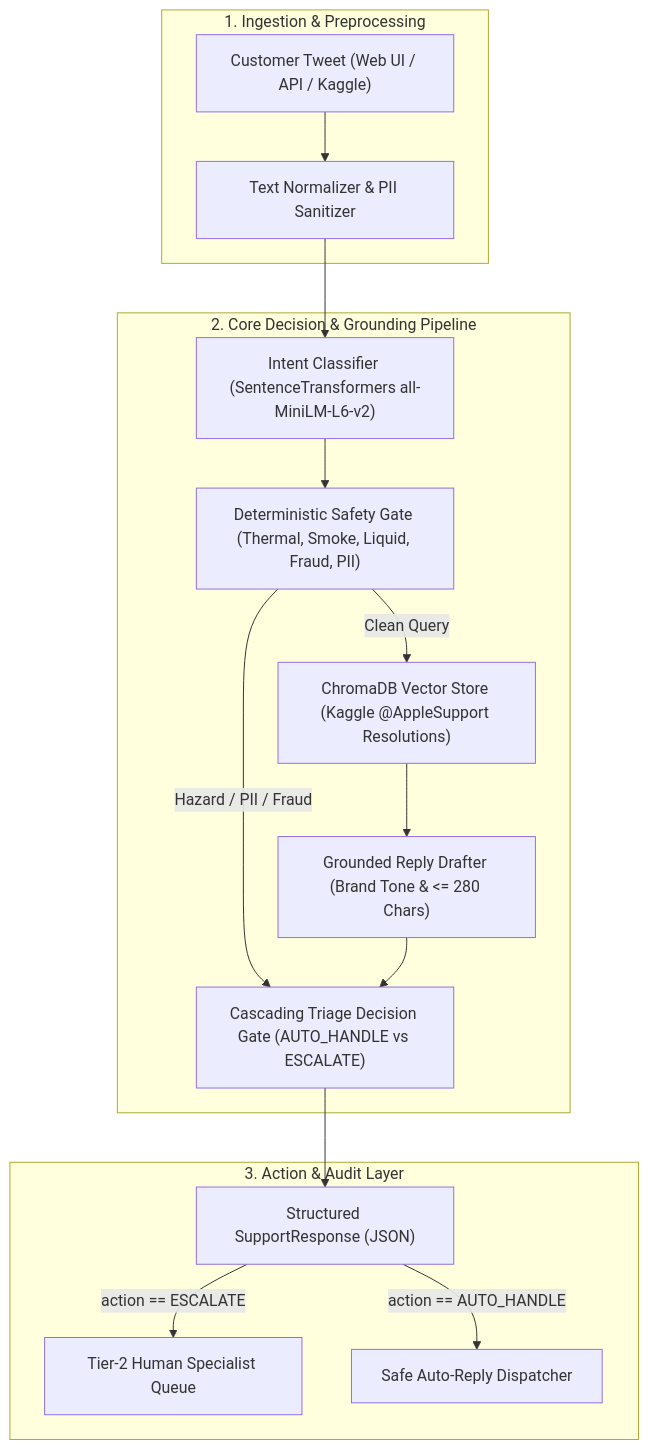
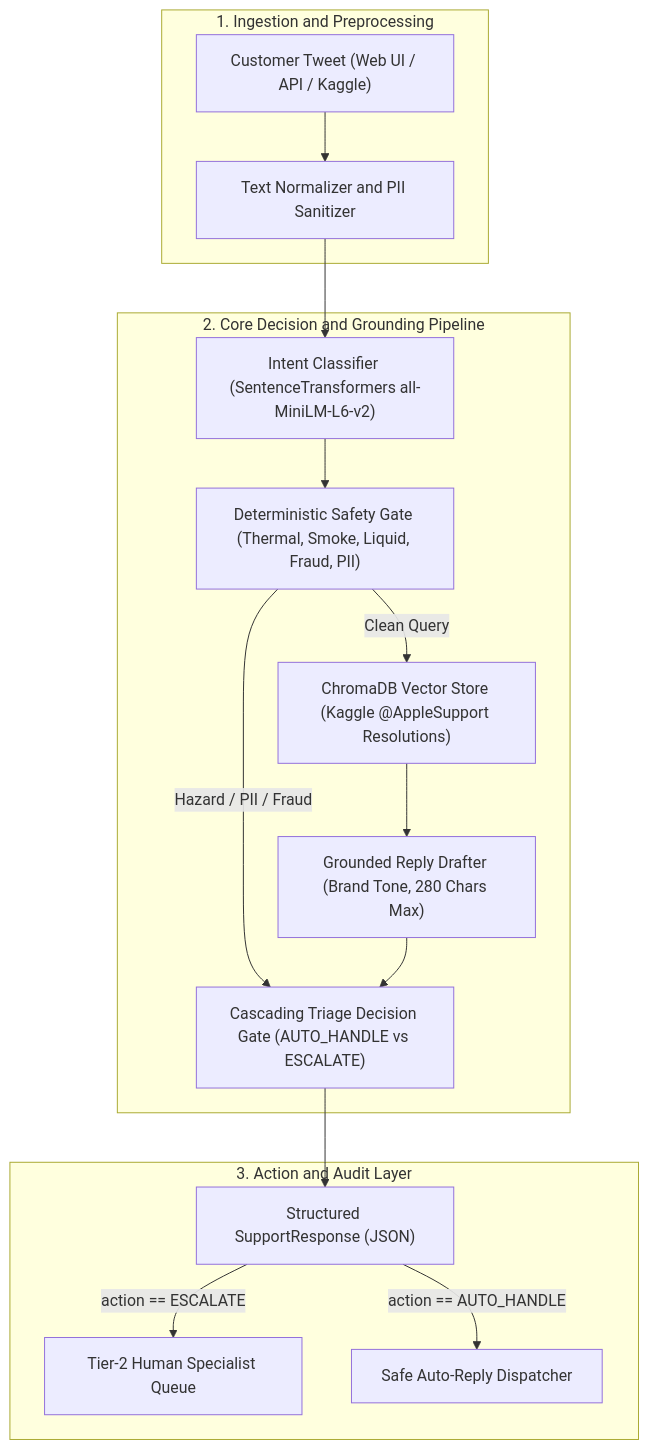
One commit to nanthitha25/hiver_assignment changed the diagram in README.md. Above: the diagram before and after it, drawn with Mermaid. The commit also changed other lines of this file and 2 other files, not shown here.

Commit message:
docs: add native vector SVG diagrams and fix Mermaid markup for 100% reliable rendering on GitHub

````diff
--- a/README.md
+++ b/README.md
@@ -105,29 +116,32 @@
 ```mermaid
 flowchart TD
-    subgraph Input_Layer["1. Ingestion & Preprocessing"]
+    subgraph Input_Layer["1. Ingestion and Preprocessing"]
         CT["Customer Tweet (Web UI / API / Kaggle)"]
-        Pre["Text Normalizer & PII Sanitizer"]
+        Pre["Text Normalizer and PII Sanitizer"]
     end
 
-    subgraph Core_Engine["2. Core Decision & Grounding Pipeline"]
+    subgraph Core_Engine["2. Core Decision and Grounding Pipeline"]
         IC["Intent Classifier (SentenceTransformers all-MiniLM-L6-v2)"]
         Safety["Deterministic Safety Gate (Thermal, Smoke, Liquid, Fraud, PII)"]
         RAG["ChromaDB Vector Store (Kaggle @AppleSupport Resolutions)"]
-        Drafter["Grounded Reply Drafter (Brand Tone & <= 280 Chars)"]
+        Drafter["Grounded Reply Drafter (Brand Tone, 280 Chars Max)"]
         Triage["Cascading Triage Decision Gate (AUTO_HANDLE vs ESCALATE)"]
     end
 
-    subgraph Output_Layer["3. Action & Audit Layer"]
+    subgraph Output_Layer["3. Action and Audit Layer"]
         Result["Structured SupportResponse (JSON)"]
         HumanQueue["Tier-2 Human Specialist Queue"]
         AutoReply["Safe Auto-Reply Dispatcher"]
     end
 
-    CT --> Pre --> IC
+    CT --> Pre
+    Pre --> IC
     IC --> Safety
     Safety -->|Hazard / PII / Fraud| Triage
-    Safety -->|Clean Query| RAG --> Drafter --> Triage
+    Safety -->|Clean Query| RAG
+    RAG --> Drafter
+    Drafter --> Triage
     Triage --> Result
     Result -->|action == ESCALATE| HumanQueue
     Result -->|action == AUTO_HANDLE| AutoReply
 ```
````
